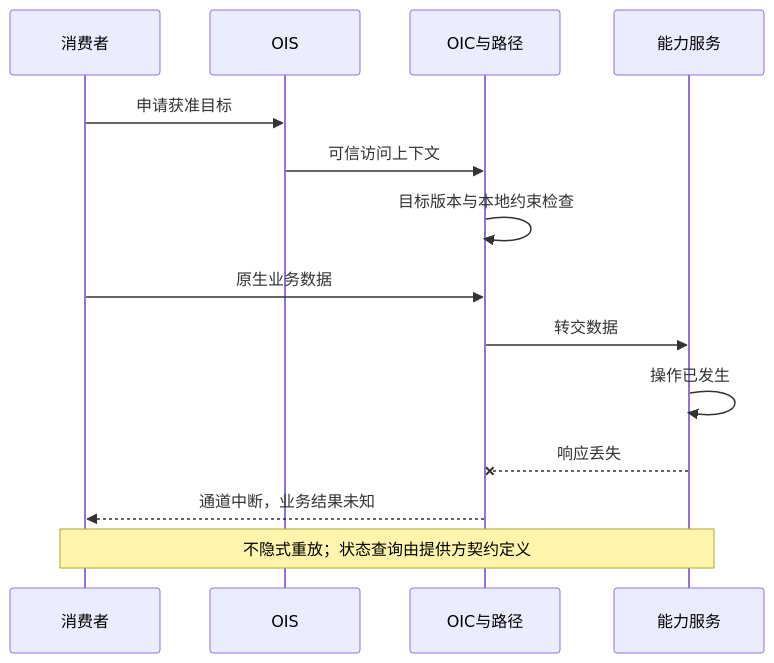
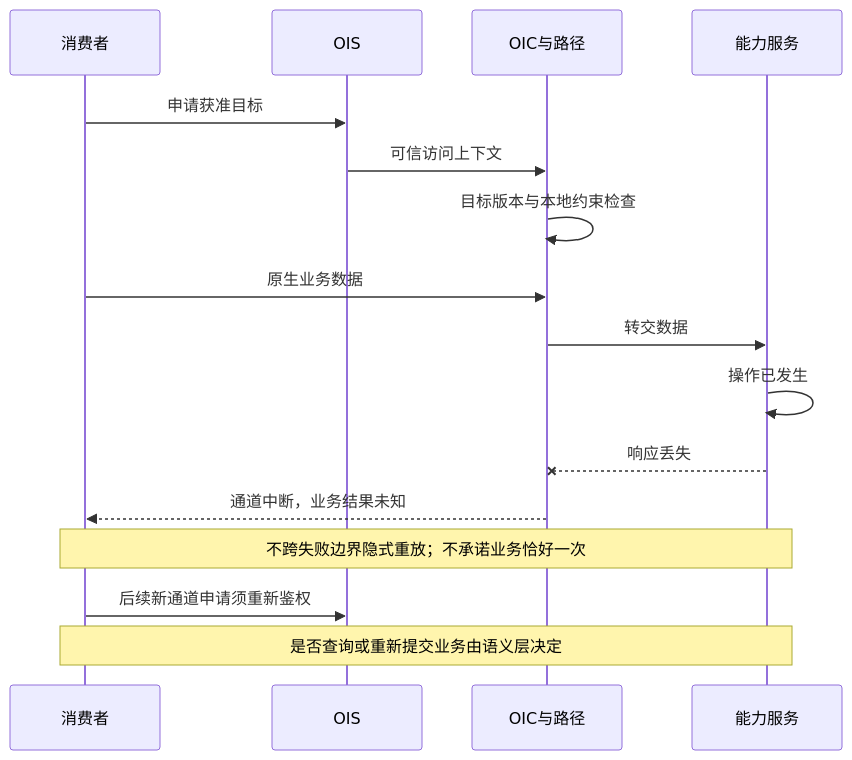
Before and after one commit to wyw-ai/loom-oi: the third of 4 diagrams in docs/distributed-architecture-conclusions.md, drawn with Mermaid. The commit also changed other lines of this file and 25 other files, not shown here.

Commit message:
docs(alpha): synthesize evidence and require post-lab architecture iteration

````diff
--- a/docs/distributed-architecture-conclusions.md
+++ b/docs/distributed-architecture-conclusions.md
@@ -102,16 +113,18 @@
 ```mermaid
 sequenceDiagram
     participant C as 消费者
     participant S as OIS
     participant O as OIC与路径
     participant P as 能力服务
     C->>S: 申请获准目标
     S->>O: 可信访问上下文
     O->>O: 目标版本与本地约束检查
     C->>O: 原生业务数据
     O->>P: 转交数据
     P->>P: 操作已发生
     P--xO: 响应丢失
     O-->>C: 通道中断，业务结果未知
-    Note over C,P: 不隐式重放；状态查询由提供方契约定义
+    Note over C,P: 不跨失败边界隐式重放；不承诺业务恰好一次
+    C->>S: 后续新通道申请须重新鉴权
+    Note over C,P: 是否查询或重新提交业务由语义层决定
 ```
````
